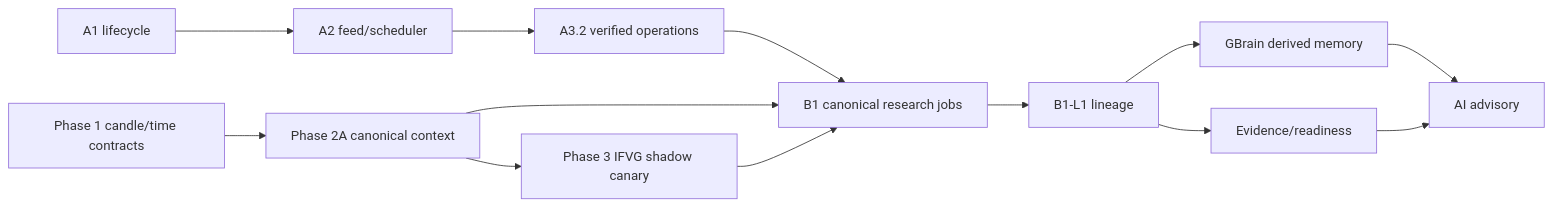
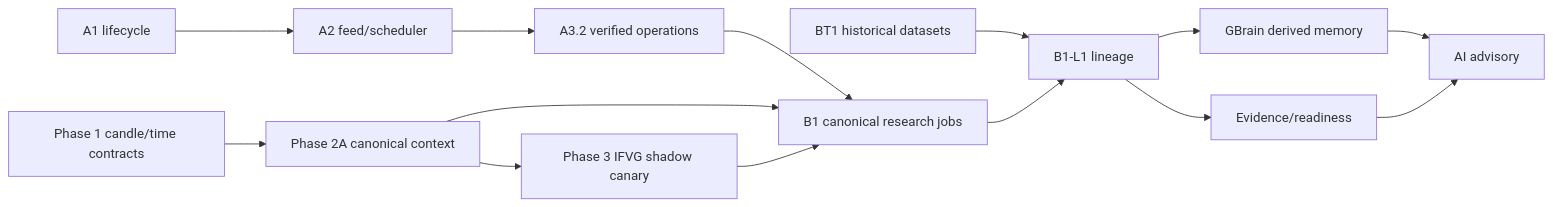
Before and after one commit to andreduval-png/gotrader-lab: the second of 2 diagrams in docs/gotrader-runtime/architecture-index.md, drawn with Mermaid. The commit also changed other lines of this file and 2 other files, not shown here.

````diff
--- a/docs/gotrader-runtime/architecture-index.md
+++ b/docs/gotrader-runtime/architecture-index.md
@@ -344,24 +361,26 @@
 ```mermaid
 flowchart LR
   A1["A1 lifecycle"]
   A2["A2 feed/scheduler"]
   A32["A3.2 verified operations"]
   P1["Phase 1 candle/time contracts"]
   P2["Phase 2A canonical context"]
   P3["Phase 3 IFVG shadow canary"]
   B1["B1 canonical research jobs"]
+  BT1["BT1 historical datasets"]
   L1["B1-L1 lineage"]
   G["GBrain derived memory"]
   EV["Evidence/readiness"]
   AI["AI advisory"]
   A1 --> A2 --> A32
   P1 --> P2 --> P3
   A32 --> B1
   P2 --> B1
   P3 --> B1
+  BT1 --> L1
   B1 --> L1
   L1 --> G
   L1 --> EV
   G --> AI
   EV --> AI
 ```
````
